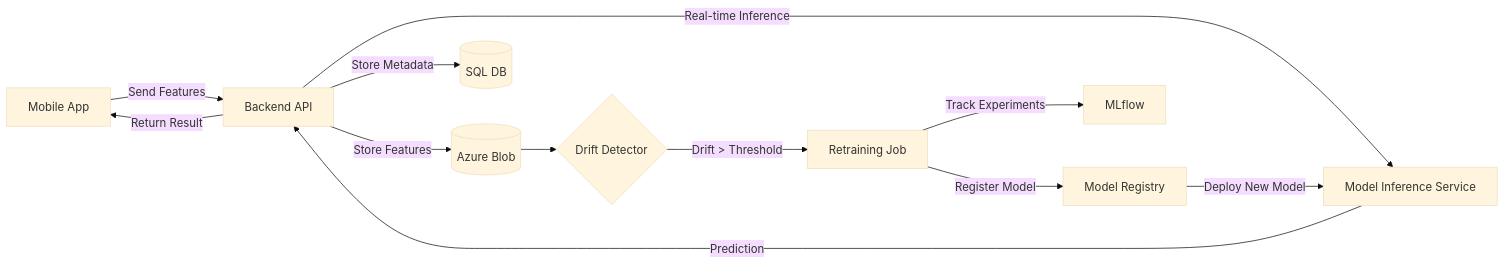
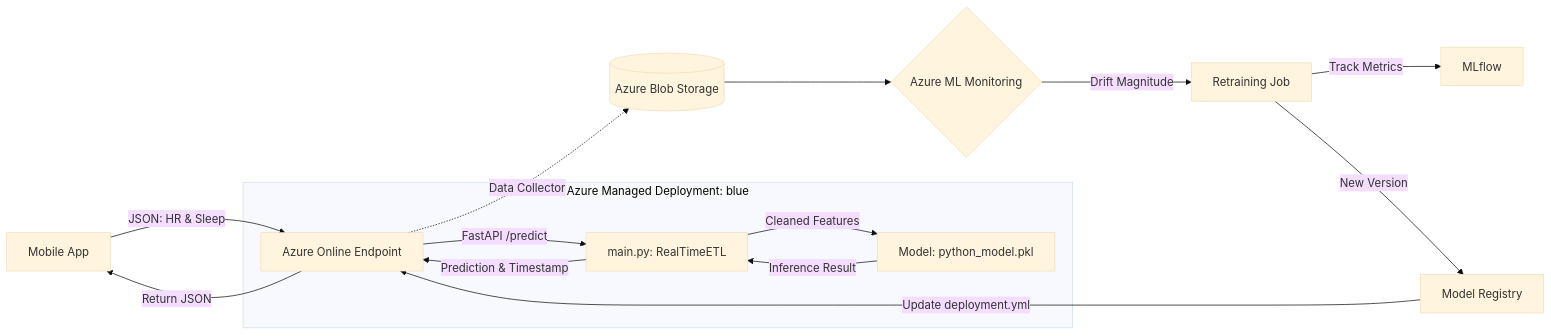
Before and after one commit to ShihChingYu/fatigue_prediction: the diagram in README.md, drawn with Mermaid (base theme). The commit also changed 3 other files, not shown here.

Commit message:
docs: update architecture diagram and deployment logic

````diff
--- a/README.md
+++ b/README.md
@@ -4,18 +4,25 @@
 ```mermaid
 graph LR
-    A[Mobile App] -->|Send Features| B[Backend API]
-    B -->|Real-time Inference| I[Model Inference Service]
-    I -->|Prediction| B
-    B -->|Return Result| A
+    A[Mobile App] -->|JSON: HR & Sleep| B[Azure Online Endpoint]
 
-    B -->|Store Metadata| C[(SQL DB)]
-    B -->|Store Features| D[(Azure Blob)]
+    subgraph Managed Online Deployment [Azure Managed Deployment: blue]
+        B -->|FastAPI /predict| M[main.py: RealTimeETL]
+        M -->|Cleaned Features| P[Model: python_model.pkl]
+        P -->|Inference Result| M
+    end
 
-    D --> E{Drift Detector}
-    E -->|Drift > Threshold| F[Retraining Job]
+    M -->|Prediction & Timestamp| B
+    B -->|Return JSON| A
 
-    F -->|Track Experiments| G[MLflow]
-    F -->|Register Model| H[Model Registry]
+    %% Automated Data Collection
+    B -.->|Data Collector| D[(Azure Blob Storage)]
 
-    H -->|Deploy New Model| I
+    %% Monitoring & MLOps Loop
+    D --> E{Azure ML Monitoring}
+    E -->|Drift Magnitude| F[Retraining Job]
+
+    F -->|Track Metrics| G[MLflow]
+    F -->|New Version| H[Model Registry]
+
+    H -->|Update deployment.yml| B
 ```
````
